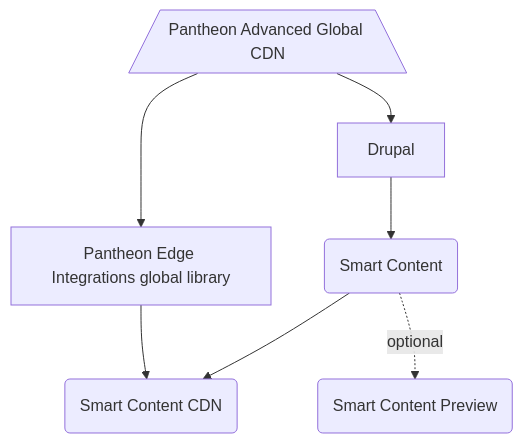
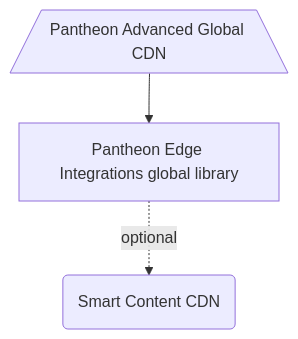
The diagram in README.md (pantheon-systems/edge-integrations-drupal-sdk), drawn with Mermaid before and after one commit.

Commit message:
updates mermaid diagram * removes drupal * removes smart_content * updates smart_content_cdn as an optional dependency * removes smart_content_preview

````diff
--- a/README.md
+++ b/README.md
@@ -13,8 +13,5 @@
 ```mermaid
 flowchart TB
-agcdn[/Pantheon Advanced Global CDN\]-->ei[Pantheon Edge Integrations global library] & drupal[Drupal]
-drupal-->smart_content(Smart Content)
-ei-->smart_content_cdn(Smart Content CDN)
-smart_content-->smart_content_cdn(Smart Content CDN)
-smart_content-. optional .->smart_content_preview(Smart Content Preview)
+agcdn[/Pantheon Advanced Global CDN\]-->ei[Pantheon Edge Integrations global library]
+ei-. optional .->smart_content_cdn(Smart Content CDN)
 ```
````
